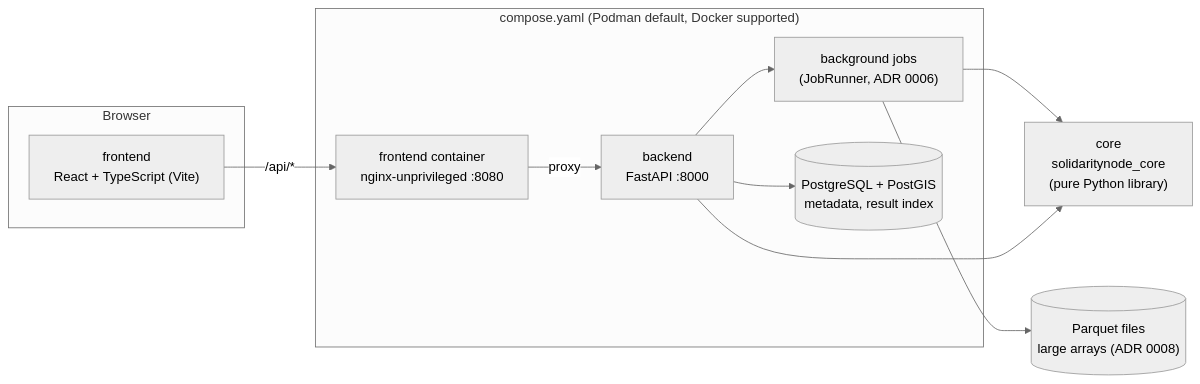
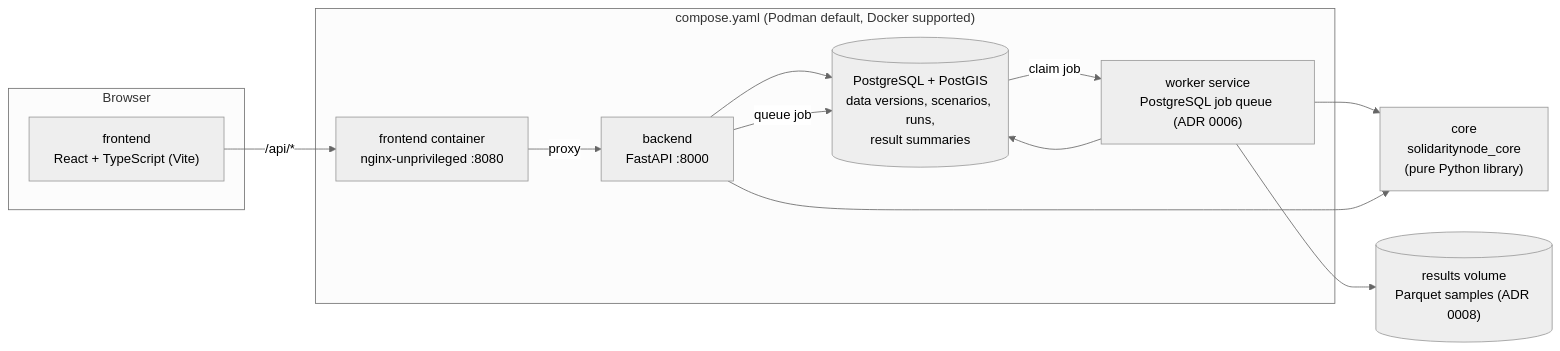
One commit to SolidarityNode/snode changed the first of 6 diagrams in docs/architecture.md. Above: the diagram before and after it, drawn with Mermaid (neutral theme). The commit also changed other lines of this file and 27 other files, not shown here.

````diff
--- a/docs/architecture.md
+++ b/docs/architecture.md
@@ -7,21 +7,23 @@
 ```mermaid
 flowchart LR
     subgraph Browser
         FE["frontend<br/>React + TypeScript (Vite)"]
     end
     subgraph Containers["compose.yaml (Podman default, Docker supported)"]
         NGX["frontend container<br/>nginx-unprivileged :8080"]
         BE["backend<br/>FastAPI :8000"]
-        JOBS["background jobs<br/>(JobRunner, ADR 0006)"]
-        DB[("PostgreSQL + PostGIS<br/>metadata, result index")]
+        JOBS["worker service<br/>PostgreSQL job queue (ADR 0006)"]
+        DB[("PostgreSQL + PostGIS<br/>data versions, scenarios, runs,<br/>result summaries")]
     end
-    FILES[("Parquet files<br/>large arrays (ADR 0008)")]
+    FILES[("results volume<br/>Parquet samples (ADR 0008)")]
     CORE["core<br/>solidaritynode_core<br/>(pure Python library)"]
 
     FE -->|"/api/*"| NGX -->|proxy| BE
     BE --> DB
-    BE --> JOBS
+    BE -->|"queue job"| DB
+    DB -->|"claim job"| JOBS
+    JOBS --> DB
     JOBS --> CORE
     BE --> CORE
     JOBS --> FILES
 ```
````
